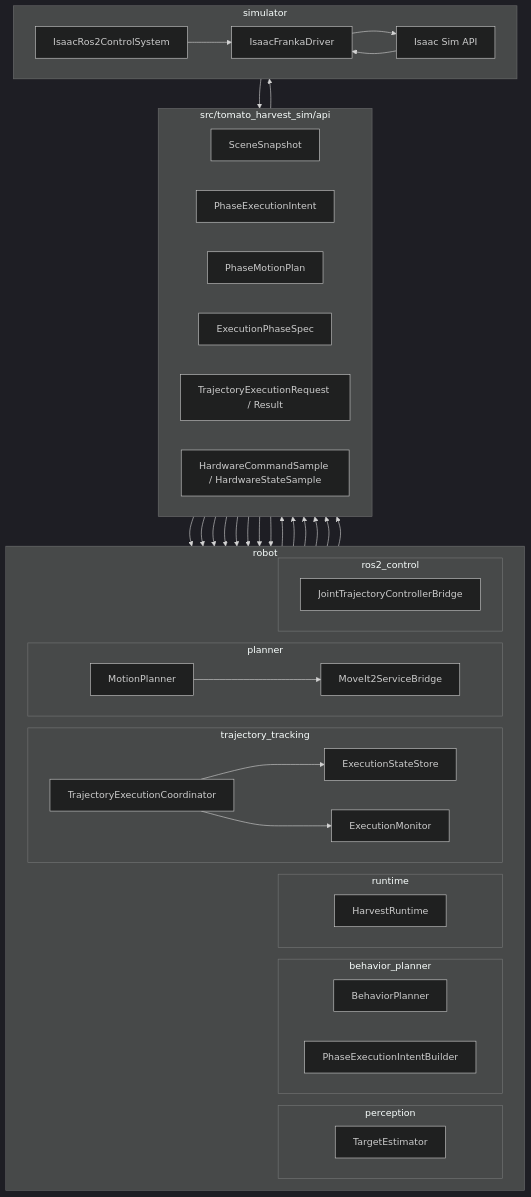
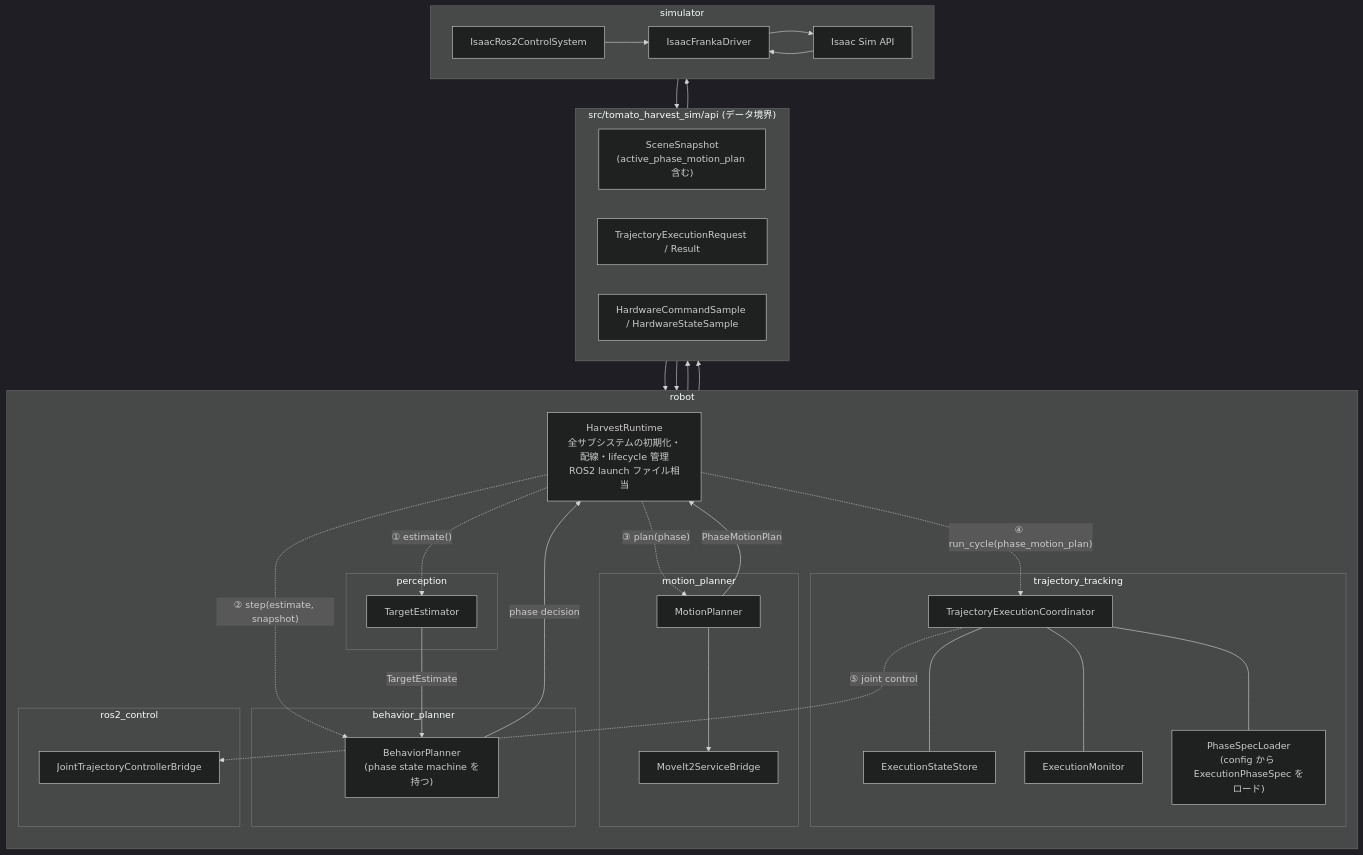
The first of 2 diagrams in src/tomato_harvest_sim/robot/docs/CENTRALIZED_PHASE_EXECUTION_POLICY.md (akodama428/trial_issac_sim), drawn with Mermaid (dark theme) before and after one commit. The commit also changed other lines of this file and 22 other files, not shown here.

````diff
--- a/src/tomato_harvest_sim/robot/docs/CENTRALIZED_PHASE_EXECUTION_POLICY.md
+++ b/src/tomato_harvest_sim/robot/docs/CENTRALIZED_PHASE_EXECUTION_POLICY.md
@@ -56,74 +73,69 @@
 ```mermaid
 flowchart TB
   subgraph Robot["robot"]
-    direction LR
+    direction TB
+
+    R1["HarvestRuntime\n全サブシステムの初期化・配線・lifecycle 管理\nROS2 launch ファイル相当"]
 
     subgraph Perception["perception"]
       D1["TargetEstimator"]
     end
 
     subgraph Behavior["behavior_planner"]
-      B1["BehaviorPlanner"]
-      B2["PhaseExecutionIntentBuilder"]
+      B1["BehaviorPlanner\n(phase state machine を持つ)"]
     end
 
-    subgraph Runtime["runtime"]
-      R1["HarvestRuntime"]
-    end
-
-    subgraph Planner["planner"]
+    subgraph Planner["motion_planner"]
       P1["MotionPlanner"]
       P2["MoveIt2ServiceBridge"]
     end
 
     subgraph Tracking["trajectory_tracking"]
       T1["TrajectoryExecutionCoordinator"]
       T2["ExecutionStateStore"]
       T3["ExecutionMonitor"]
+      T4["PhaseSpecLoader\n(config から ExecutionPhaseSpec をロード)"]
     end
 
     subgraph Control["ros2_control"]
       C1["JointTrajectoryControllerBridge"]
     end
+
+    R1 -. "① estimate()" .-> D1
+    R1 -. "② step(estimate, snapshot)" .-> B1
+    R1 -. "③ plan(phase)" .-> P1
+    R1 -. "④ run_cycle(phase_motion_plan)" .-> T1
+    D1 -- "TargetEstimate" --> B1
+    B1 -- "phase decision" --> R1
+    P1 --> P2
+    P1 -- "PhaseMotionPlan" --> R1
+    T1 -. "⑤ joint control" .-> C1
+    T1 --- T2
+    T1 --- T3
+    T1 --- T4
   end
 
-  subgraph Boundary["src/tomato_harvest_sim/api"]
+  subgraph Boundary["src/tomato_harvest_sim/api (データ境界)"]
     direction LR
-    A1["SceneSnapshot"]
-    A2["PhaseExecutionIntent"]
-    A3["PhaseMotionPlan"]
-    A4["ExecutionPhaseSpec"]
+    A1["SceneSnapshot\n(active_phase_motion_plan 含む)"]
     A5["TrajectoryExecutionRequest / Result"]
     A6["HardwareCommandSample / HardwareStateSample"]
   end
 
   subgraph Simulation["simulator"]
     direction LR
     S1["IsaacRos2ControlSystem"]
     S2["IsaacFrankaDriver"]
     S3["Isaac Sim API"]
   end
 
-  D1 --> A1
   A1 --> R1
-  A1 --> B1
-  A1 --> P1
-  B1 --> A2
-  A2 --> P1
-  P1 --> P2
-  P2 --> A3
-  A2 --> R1
-  A3 --> R1
-  R1 --> A4
-  A4 --> T1
-  T1 --> T2
-  T1 --> T3
   T1 --> A5
   A5 --> C1
   C1 --> A6
   A6 --> S1
   S1 --> S2
   S2 --> S3
   S3 --> S2
   S1 --> A6
 ```
````
